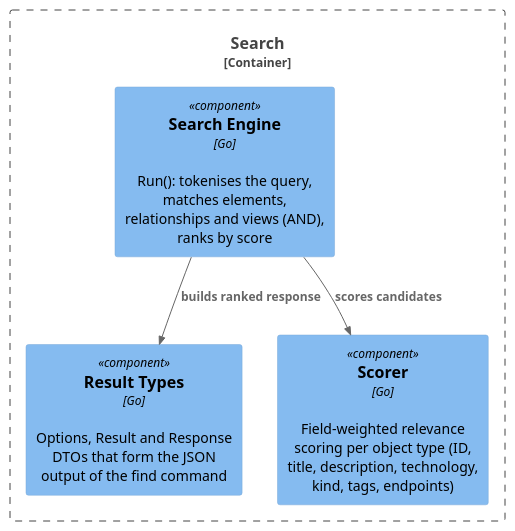
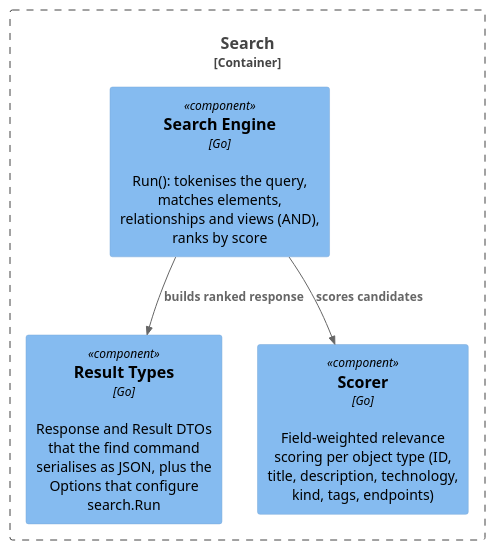
One commit to docToolchain/Bausteinsicht changed the diagram in src/docs/arc42/search-components.puml. Above: the diagram before and after it, drawn with PlantUML. The commit also changed 12 other files, not shown here.

First line of the commit message:
docs(arc42): describe search as substring matching, fix result types

```diff
--- a/src/docs/arc42/search-components.puml
+++ b/src/docs/arc42/search-components.puml
@@ -1,12 +1,12 @@
 @startuml
 !include <C4/C4_Component>
 
 Container_Boundary(bausteinsicht_search, "Search") {
   Component(bausteinsicht_search_engine, "Search Engine", "Go", "Run(): tokenises the query, matches elements, relationships and views (AND), ranks by score")
-  Component(bausteinsicht_search_results, "Result Types", "Go", "Options, Result and Response DTOs that form the JSON output of the find command")
+  Component(bausteinsicht_search_results, "Result Types", "Go", "Response and Result DTOs that the find command serialises as JSON, plus the Options that configure search.Run")
   Component(bausteinsicht_search_scorer, "Scorer", "Go", "Field-weighted relevance scoring per object type (ID, title, description, technology, kind, tags, endpoints)")
 }
 
 Rel(bausteinsicht_search_engine, bausteinsicht_search_scorer, "scores candidates")
 Rel(bausteinsicht_search_engine, bausteinsicht_search_results, "builds ranked response")
 @enduml
```
